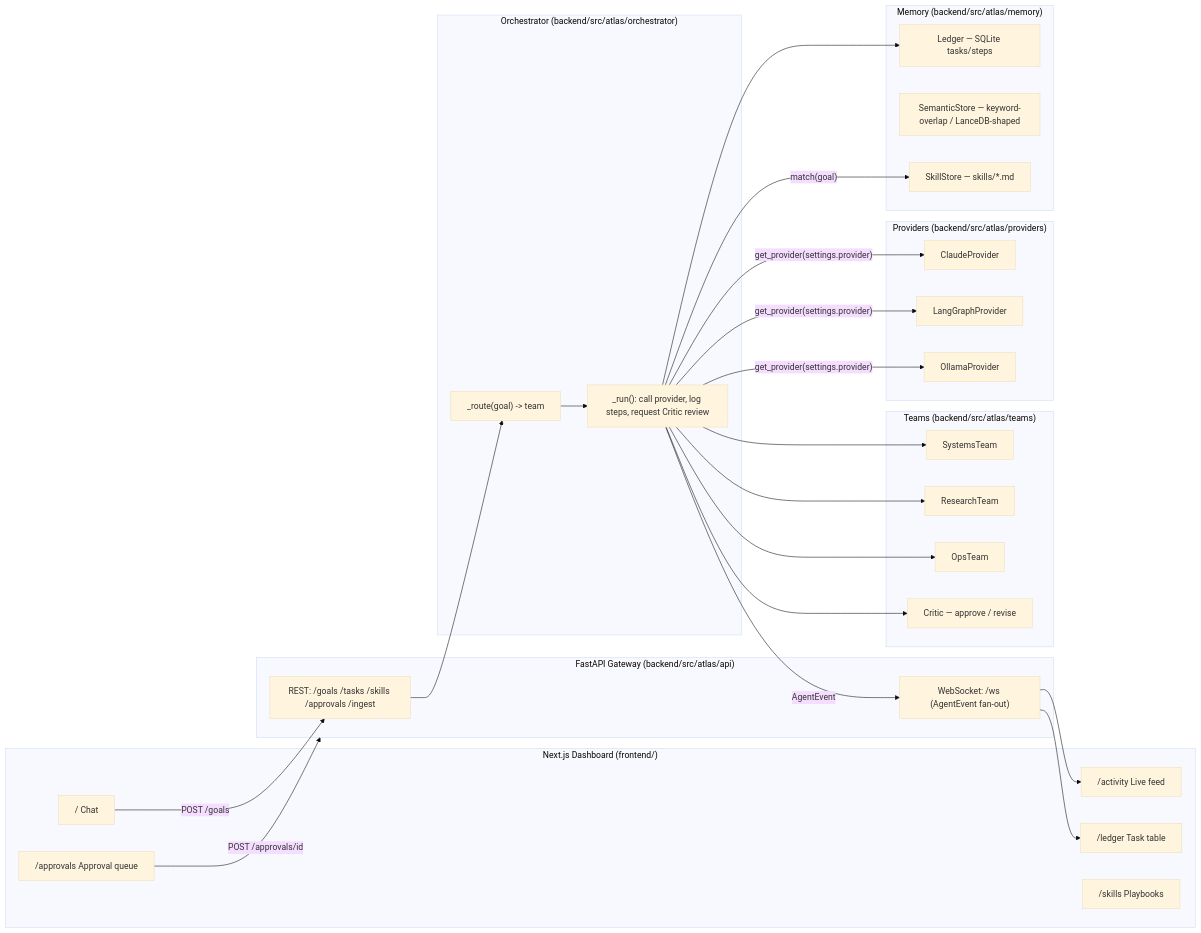
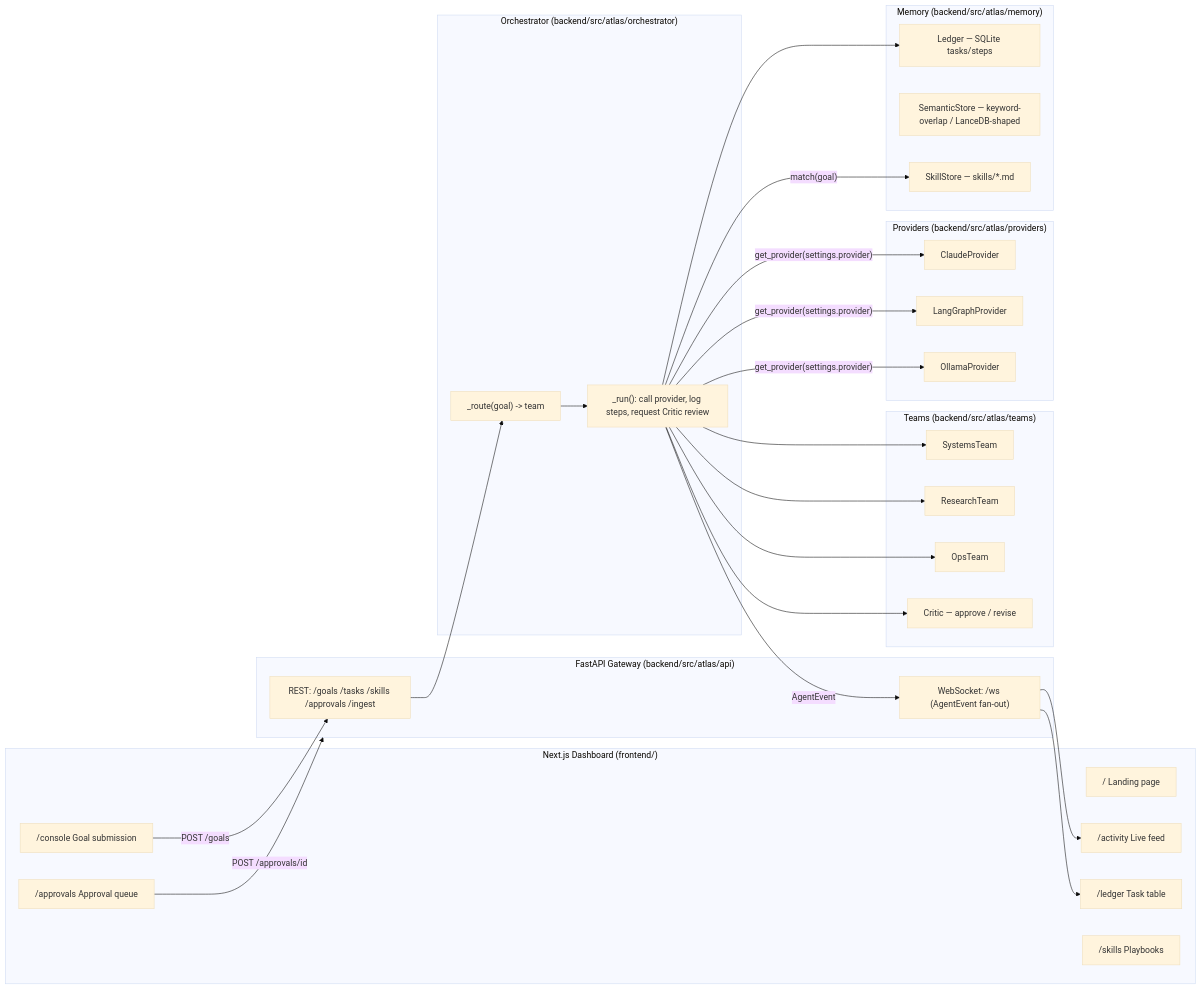
The diagram in README.md (harshitwandhare/atlas-ra), drawn with Mermaid (base theme) before and after one commit. The commit also changed other lines of this file and 24 other files, not shown here.

First line of the commit message:
feat(web): add landing page and move dashboard under /console (#6)

````diff
--- a/README.md
+++ b/README.md
@@ -61,49 +61,50 @@
 ```mermaid
 flowchart LR
     subgraph Dashboard["Next.js Dashboard (frontend/)"]
-        Chat["/ Chat"]
+        Landing["/ Landing page"]
+        Chat["/console Goal submission"]
         Activity["/activity Live feed"]
         Ledger["/ledger Task table"]
         Skills["/skills Playbooks"]
         Approvals["/approvals Approval queue"]
     end
 
     subgraph API["FastAPI Gateway (backend/src/atlas/api)"]
         REST["REST: /goals /tasks /skills /approvals /ingest"]
         WS["WebSocket: /ws (AgentEvent fan-out)"]
     end
 
     subgraph Core["Orchestrator (backend/src/atlas/orchestrator)"]
         Route["_route(goal) -> team"]
         Run["_run(): call provider, log steps, request Critic review"]
     end
 
     subgraph Teams["Teams (backend/src/atlas/teams)"]
         Systems["SystemsTeam"]
         Research["ResearchTeam"]
         Ops["OpsTeam"]
         Critic["Critic — approve / revise"]
     end
 
     subgraph Providers["Providers (backend/src/atlas/providers)"]
         Claude["ClaudeProvider"]
         LangGraph["LangGraphProvider"]
         Ollama["OllamaProvider"]
     end
 
     subgraph Memory["Memory (backend/src/atlas/memory)"]
         Episodic["Ledger — SQLite tasks/steps"]
         Semantic["SemanticStore — keyword-overlap / LanceDB-shaped"]
         Procedural["SkillStore — skills/*.md"]
     end
 
     Chat -- POST /goals --> REST
     REST --> Route --> Run
     Run --> Systems & Research & Ops
     Run -- get_provider(settings.provider) --> Claude & LangGraph & Ollama
     Run --> Critic
     Run --> Episodic
     Run -- match(goal) --> Procedural
     Run -- AgentEvent --> WS --> Activity & Ledger
     Approvals -- POST /approvals/id --> API
 ```
````
